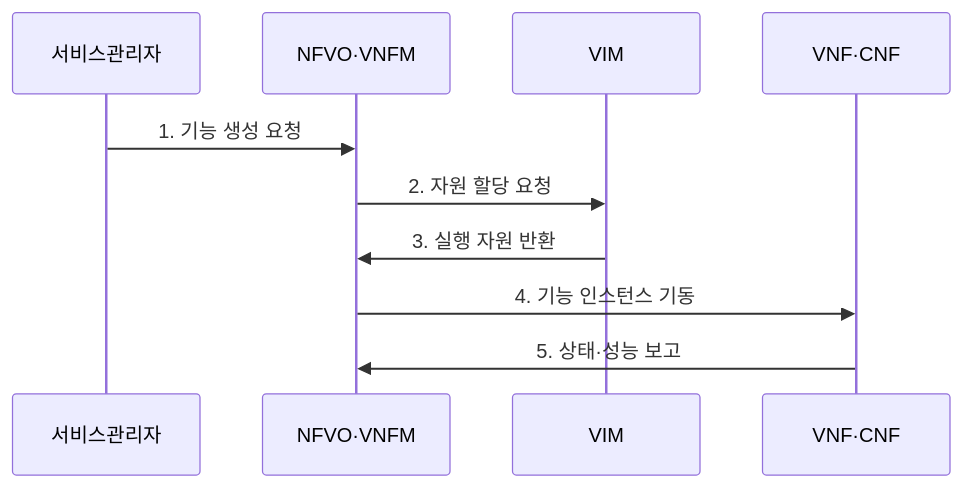
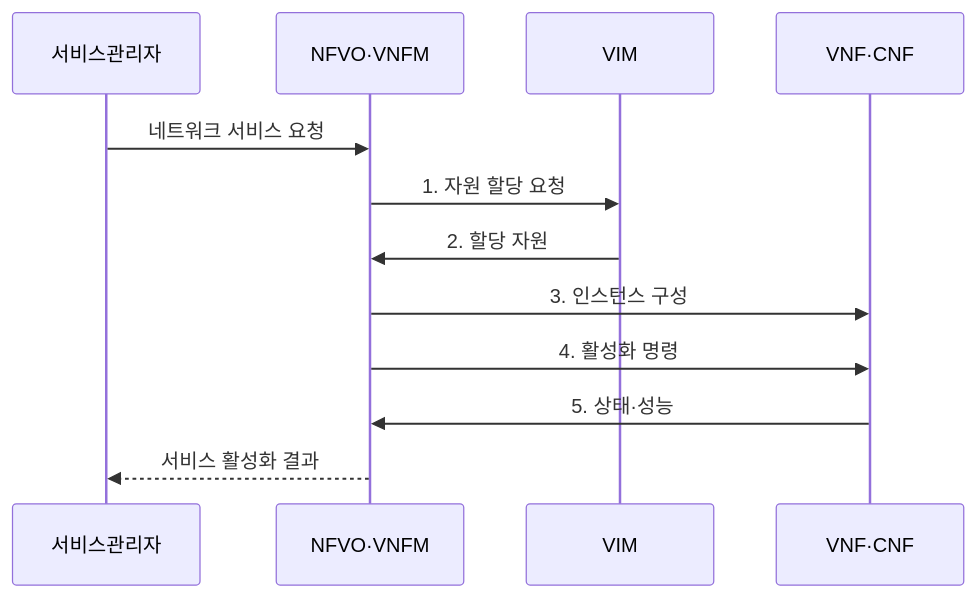
The second of 2 diagrams in src/content/docs/notes/04-network/057_network_functions_virtualization.md (agnusdei1207/knowledge-base), drawn with Mermaid before and after one commit. The commit also changed other lines of this file and 20 other files, not shown here.

````diff
--- a/src/content/docs/notes/04-network/057_network_functions_virtualization.md
+++ b/src/content/docs/notes/04-network/057_network_functions_virtualization.md
@@ -83,12 +85,14 @@
 ```mermaid
 sequenceDiagram
     participant 서비스관리자
     participant NFVO·VNFM
     participant VIM
     participant VNF·CNF
-    서비스관리자->>NFVO·VNFM: 1. 기능 생성 요청
-    NFVO·VNFM->>VIM: 2. 자원 할당 요청
-    VIM->>NFVO·VNFM: 3. 실행 자원 반환
-    NFVO·VNFM->>VNF·CNF: 4. 기능 인스턴스 기동
-    VNF·CNF->>NFVO·VNFM: 5. 상태·성능 보고
+    서비스관리자->>NFVO·VNFM: 네트워크 서비스 요청
+    NFVO·VNFM->>VIM: 1. 자원 할당 요청
+    VIM->>NFVO·VNFM: 2. 할당 자원
+    NFVO·VNFM->>VNF·CNF: 3. 인스턴스 구성
+    NFVO·VNFM->>VNF·CNF: 4. 활성화 명령
+    VNF·CNF->>NFVO·VNFM: 5. 상태·성능
+    NFVO·VNFM-->>서비스관리자: 서비스 활성화 결과
 ```
````
